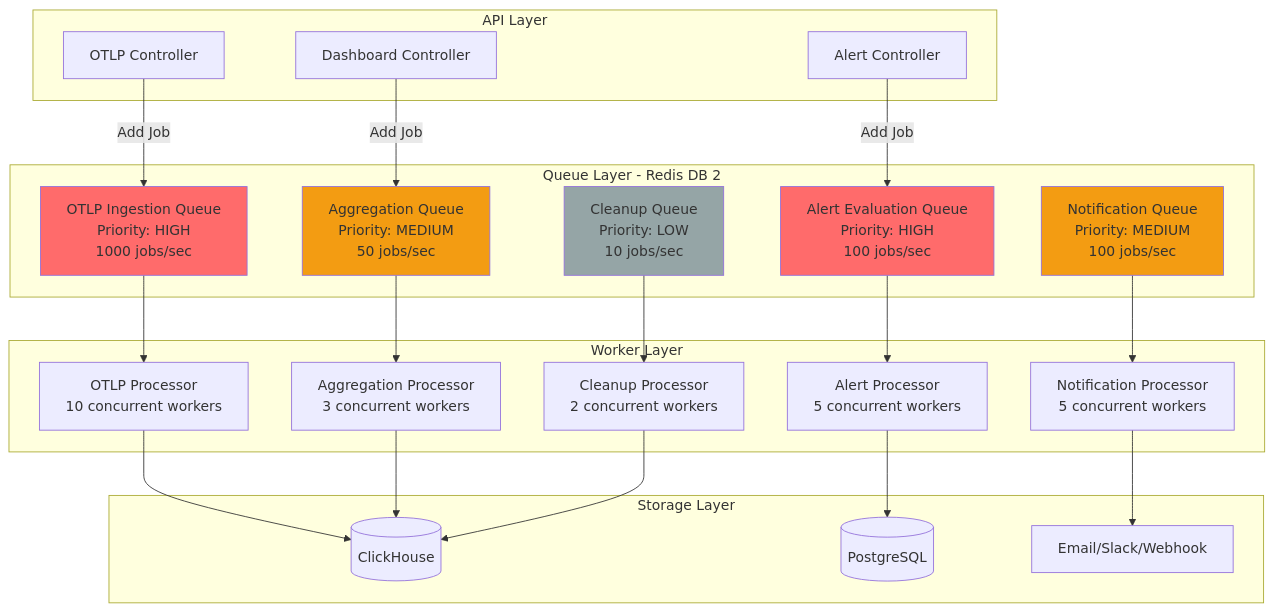
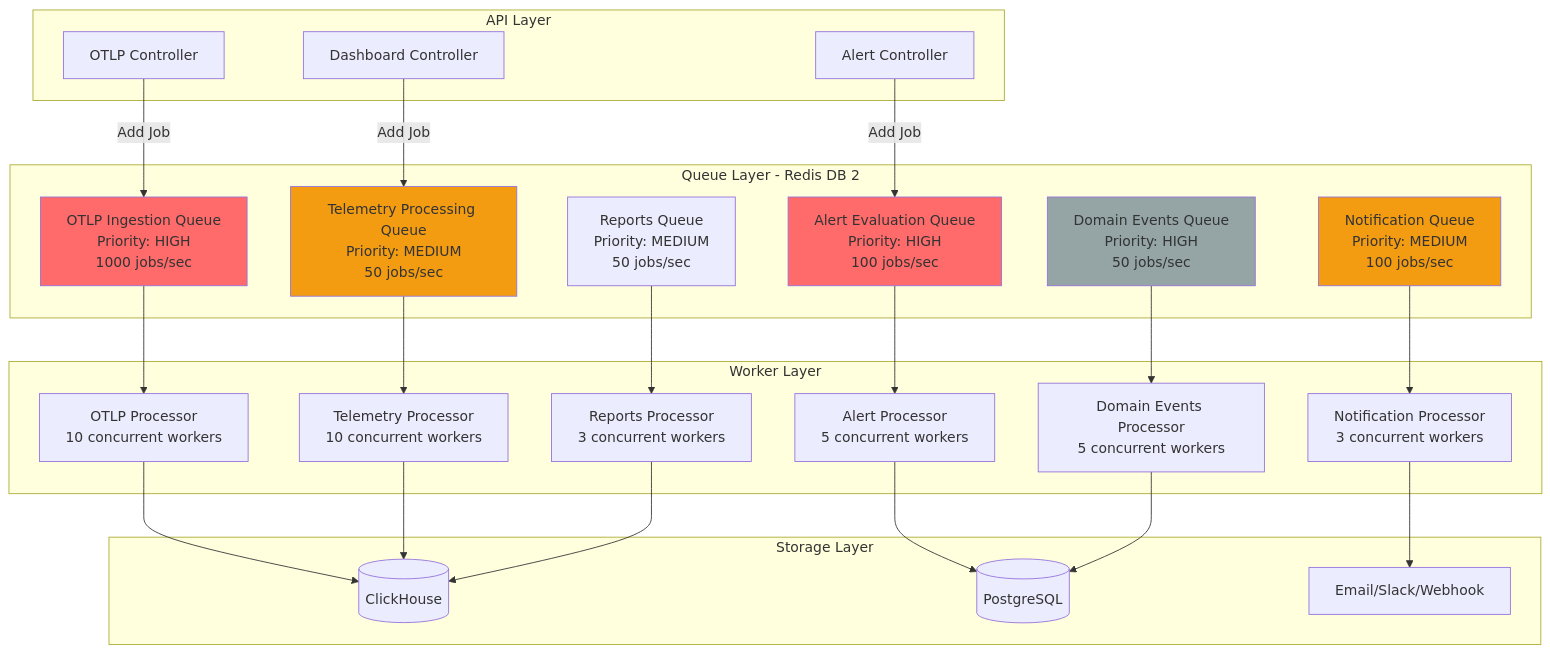
One commit to telemetryflow/telemetryflow-overview changed the ninth of 54 diagrams in architecture/05-PERFORMANCE.md. Above: the diagram before and after it, drawn with Mermaid. The commit also changed other lines of this file and 68 other files, not shown here.

````diff
--- a/architecture/05-PERFORMANCE.md
+++ b/architecture/05-PERFORMANCE.md
@@ -350,52 +351,56 @@
 ```mermaid
 graph TB
     subgraph "API Layer"
         A[OTLP Controller]
         B[Alert Controller]
         C[Dashboard Controller]
     end
 
     subgraph "Queue Layer - Redis DB 2"
         D[OTLP Ingestion Queue<br/>Priority: HIGH<br/>1000 jobs/sec]
         E[Alert Evaluation Queue<br/>Priority: HIGH<br/>100 jobs/sec]
-        F[Aggregation Queue<br/>Priority: MEDIUM<br/>50 jobs/sec]
-        G[Cleanup Queue<br/>Priority: LOW<br/>10 jobs/sec]
+        F[Telemetry Processing Queue<br/>Priority: MEDIUM<br/>50 jobs/sec]
+        G[Domain Events Queue<br/>Priority: HIGH<br/>50 jobs/sec]
         H[Notification Queue<br/>Priority: MEDIUM<br/>100 jobs/sec]
+        H2[Reports Queue<br/>Priority: MEDIUM<br/>50 jobs/sec]
     end
 
     subgraph "Worker Layer"
         I[OTLP Processor<br/>10 concurrent workers]
         J[Alert Processor<br/>5 concurrent workers]
-        K[Aggregation Processor<br/>3 concurrent workers]
-        L[Cleanup Processor<br/>2 concurrent workers]
-        M[Notification Processor<br/>5 concurrent workers]
+        K[Telemetry Processor<br/>10 concurrent workers]
+        L[Domain Events Processor<br/>5 concurrent workers]
+        M[Notification Processor<br/>3 concurrent workers]
+        M2[Reports Processor<br/>3 concurrent workers]
     end
 
     subgraph "Storage Layer"
         N[(ClickHouse)]
         O[(PostgreSQL)]
         P[Email/Slack/Webhook]
     end
 
     A -->|Add Job| D
     B -->|Add Job| E
     C -->|Add Job| F
 
     D --> I
     E --> J
     F --> K
     G --> L
     H --> M
+    H2 --> M2
 
     I --> N
     J --> O
     K --> N
-    L --> N
+    L --> O
     M --> P
+    M2 --> N
 
     style D fill:#ff6b6b
     style E fill:#ff6b6b
     style F fill:#f39c12
     style G fill:#95a5a6
     style H fill:#f39c12
 ```
````
